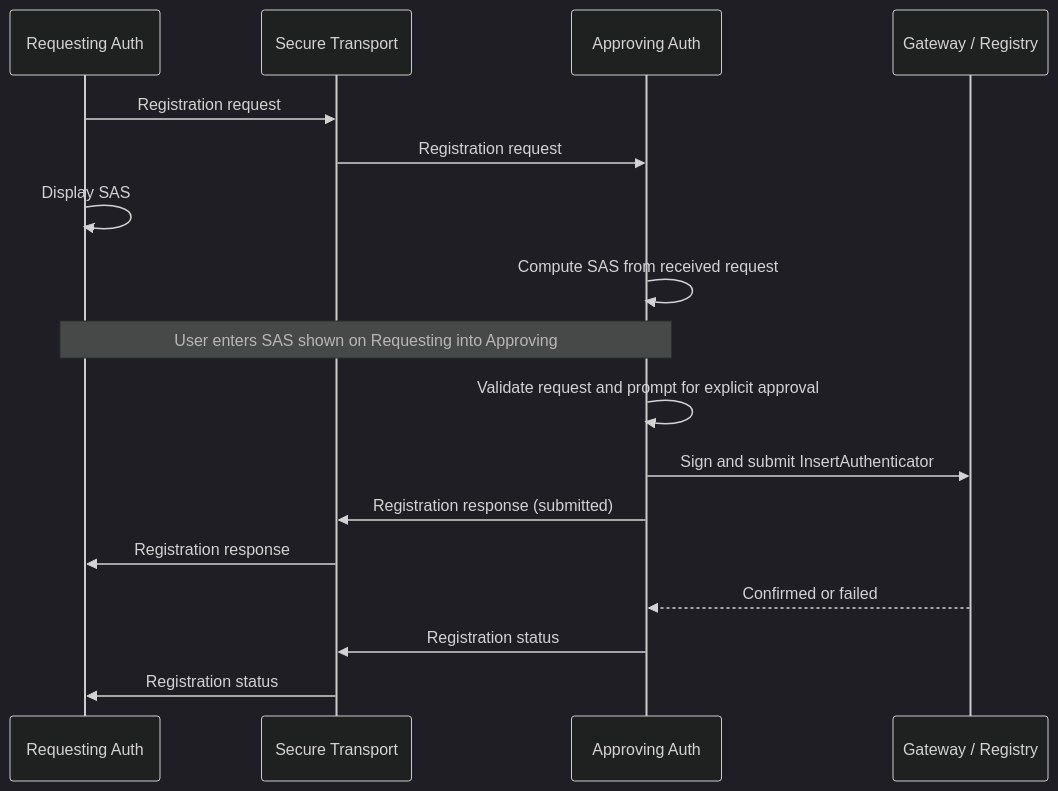
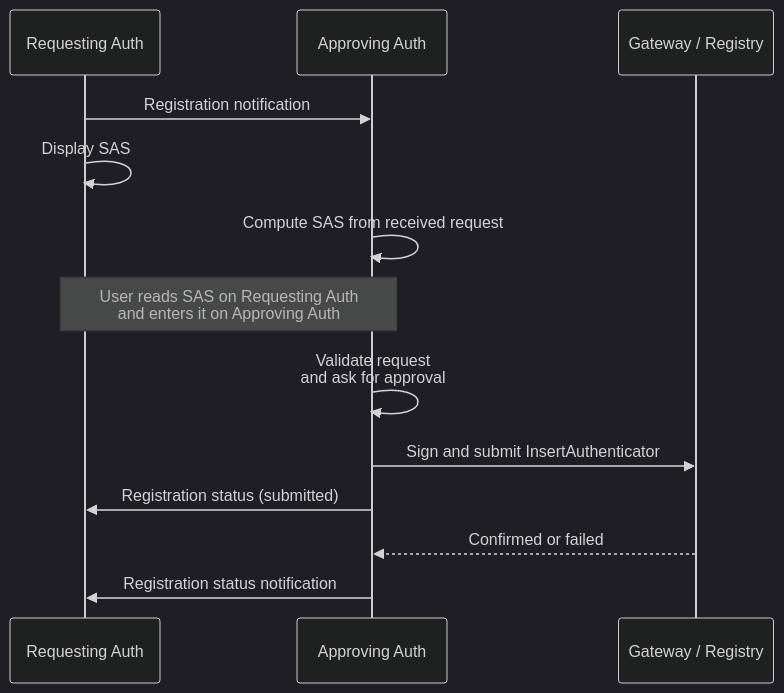
Before and after one commit to worldcoin/world-id-protocol: the diagram in docs/WIPs/wip-109.md, drawn with Mermaid (dark theme). The commit also changed other lines of this file and 2 other files, not shown here.

Commit message:
docs: simplify authenticator registration and promote transport to WIP-110

````diff
--- a/docs/WIPs/wip-109.md
+++ b/docs/WIPs/wip-109.md
@@ -36,20 +31,16 @@
 ```mermaid
 sequenceDiagram
     participant r as Requesting Auth
-    participant t as Secure Transport
     participant a as Approving Auth
     participant g as Gateway / Registry
 
-    r->>t: Registration request
-    t->>a: Registration request
+    r->>a: Registration notification
     r->>r: Display SAS
     a->>a: Compute SAS from received request
-    Note over r,a: User enters SAS shown on Requesting into Approving
-    a->>a: Validate request and prompt for explicit approval
+    Note over r,a: User reads SAS on Requesting Auth<br/>and enters it on Approving Auth
+    a->>a: Validate request<br/>and ask for approval
     a->>g: Sign and submit InsertAuthenticator
-    a->>t: Registration response (submitted)
-    t->>r: Registration response
+    a->>r: Registration status (submitted)
     g-->>a: Confirmed or failed
-    a->>t: Registration status
-    t->>r: Registration status
+    a->>r: Registration status notification
 ```
````
